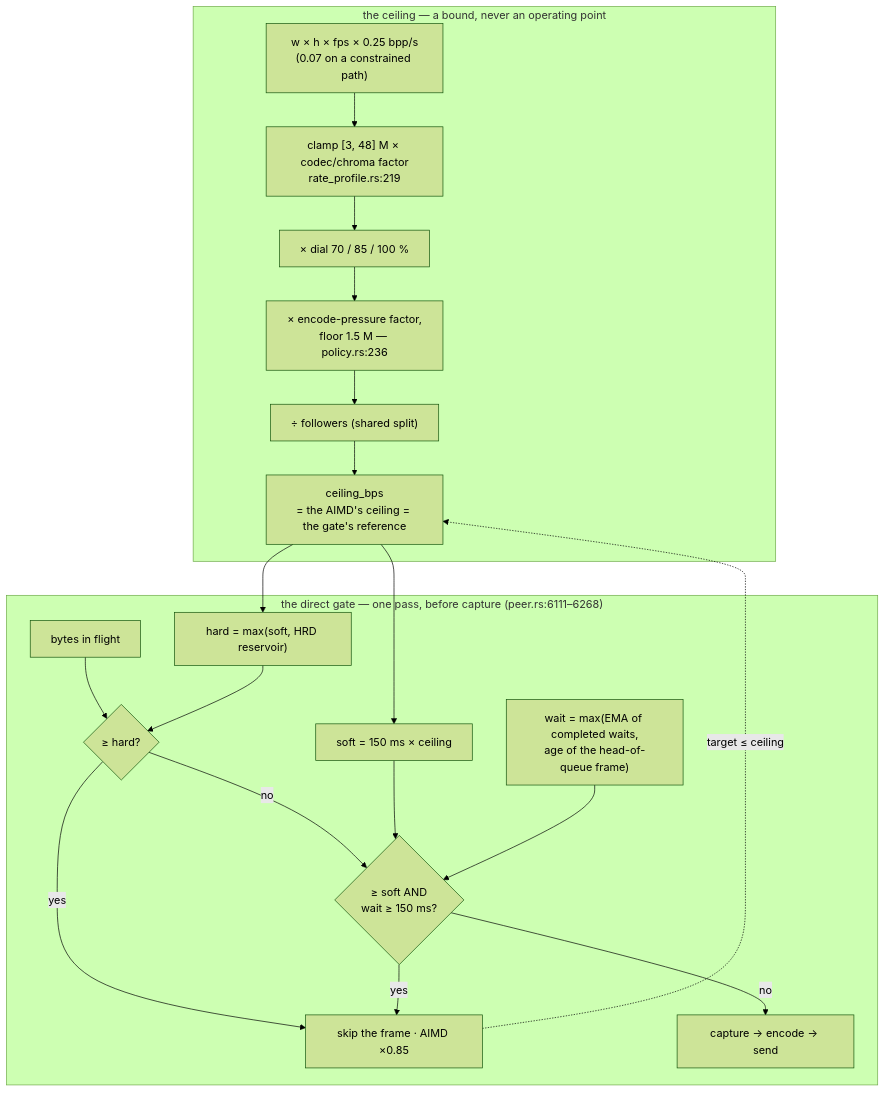
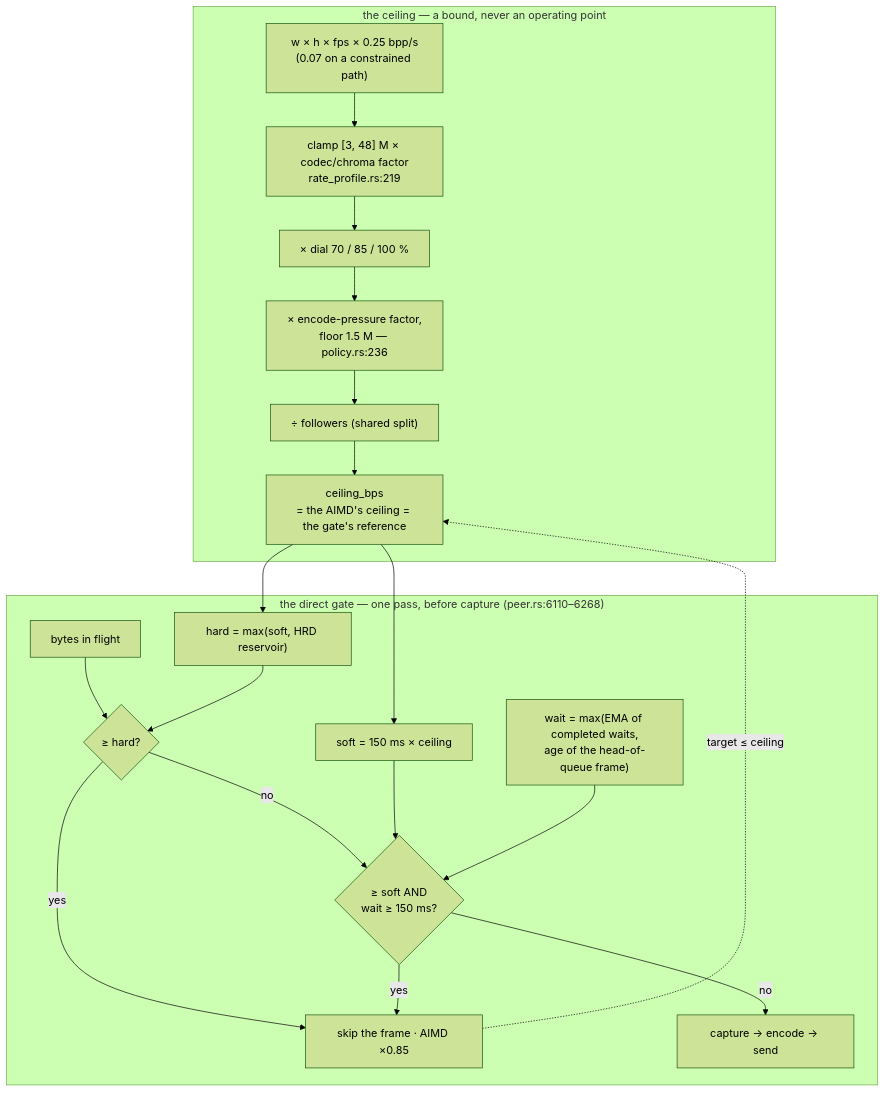
The third of 4 diagrams in docs/rate-control.md (gjovanov/roomler-ai), drawn with Mermaid (forest theme) before and after one commit. The commit also changed other lines of this file and 38 other files, not shown here.

````diff
--- a/docs/rate-control.md
+++ b/docs/rate-control.md
@@ -346,24 +346,24 @@
 ```mermaid
 flowchart TB
     subgraph ceiling["the ceiling — a bound, never an operating point"]
         G["w × h × fps × 0.25 bpp/s<br/>(0.07 on a constrained path)"] --> C["clamp [3, 48] M × codec/chroma factor<br/>rate_profile.rs:219"]
         C --> D["× dial 70 / 85 / 100 %"]
         D --> E["× encode-pressure factor,<br/>floor 1.5 M — policy.rs:236"]
         E --> S["÷ followers (shared split)"]
         S --> CEIL["ceiling_bps<br/>= the AIMD's ceiling = the gate's reference"]
     end
-    subgraph gate["the direct gate — one pass, before capture (peer.rs:6111–6268)"]
+    subgraph gate["the direct gate — one pass, before capture (peer.rs:6110–6268)"]
         CEIL --> SOFT["soft = 150 ms × ceiling"]
         CEIL --> HARD["hard = max(soft, HRD reservoir)"]
         W["wait = max(EMA of completed waits,<br/>age of the head-of-queue frame)"]
         Q["bytes in flight"] --> H{"≥ hard?"}
         HARD --> H
         H -- yes --> TRIP["skip the frame · AIMD ×0.85"]
         H -- no --> SQ{"≥ soft AND<br/>wait ≥ 150 ms?"}
         SOFT --> SQ
         W --> SQ
         SQ -- yes --> TRIP
         SQ -- no --> PASS["capture → encode → send"]
     end
     TRIP -.->|"target ≤ ceiling"| CEIL
 ```
````
